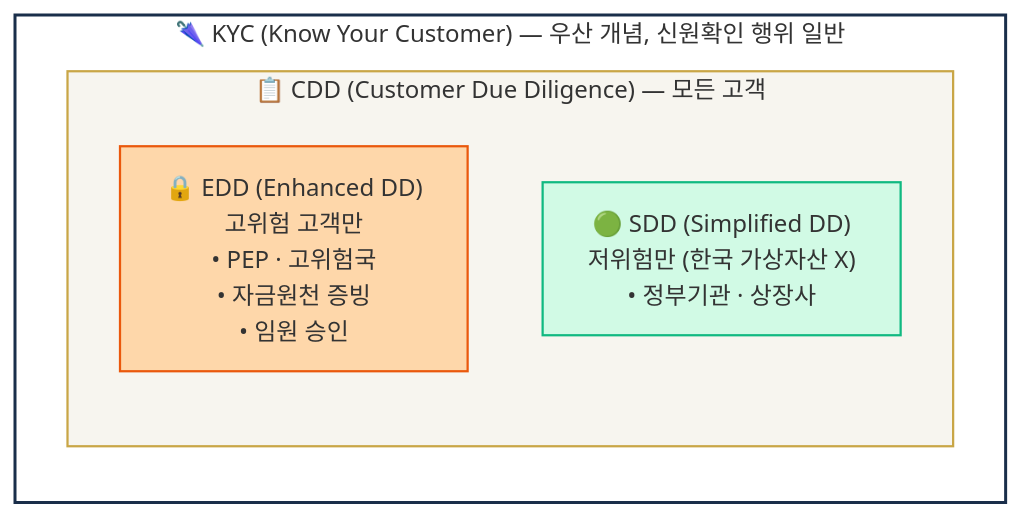
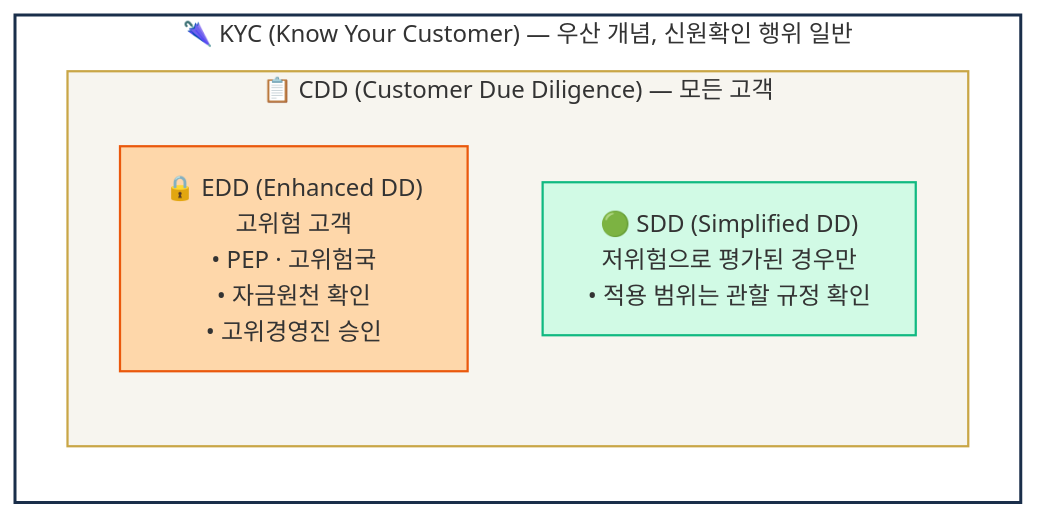
The first of 4 diagrams in notes/1-foundations/key-concepts.md (lala-david/aml-notes), drawn with Mermaid before and after one commit. The commit also changed other lines of this file and 233 other files, not shown here.

````diff
--- a/notes/1-foundations/key-concepts.md
+++ b/notes/1-foundations/key-concepts.md
@@ -22,16 +25,16 @@
 ```mermaid
 flowchart TB
     subgraph KYC["🌂 KYC (Know Your Customer) — 우산 개념, 신원확인 행위 일반"]
         direction TB
         subgraph CDD["📋 CDD (Customer Due Diligence) — 모든 고객"]
             direction TB
-            EDD["🔒 EDD (Enhanced DD)<br/>고위험 고객만<br/>• PEP · 고위험국<br/>• 자금원천 증빙<br/>• 임원 승인"]
-            SDD["🟢 SDD (Simplified DD)<br/>저위험만 (한국 가상자산 X)<br/>• 정부기관 · 상장사"]
+            EDD["🔒 EDD (Enhanced DD)<br/>고위험 고객<br/>• PEP · 고위험국<br/>• 자금원천 확인<br/>• 고위경영진 승인"]
+            SDD["🟢 SDD (Simplified DD)<br/>저위험으로 평가된 경우만<br/>• 적용 범위는 관할 규정 확인"]
         end
     end
 
     style KYC fill:#fff,stroke:#1a2e4a,stroke-width:2px
     style CDD fill:#f7f5ef,stroke:#c9a646,stroke-width:1.5px
     style EDD fill:#fed7aa,stroke:#ea580c,stroke-width:1.5px
     style SDD fill:#d1fae5,stroke:#10b981,stroke-width:1.5px
 ```
````
